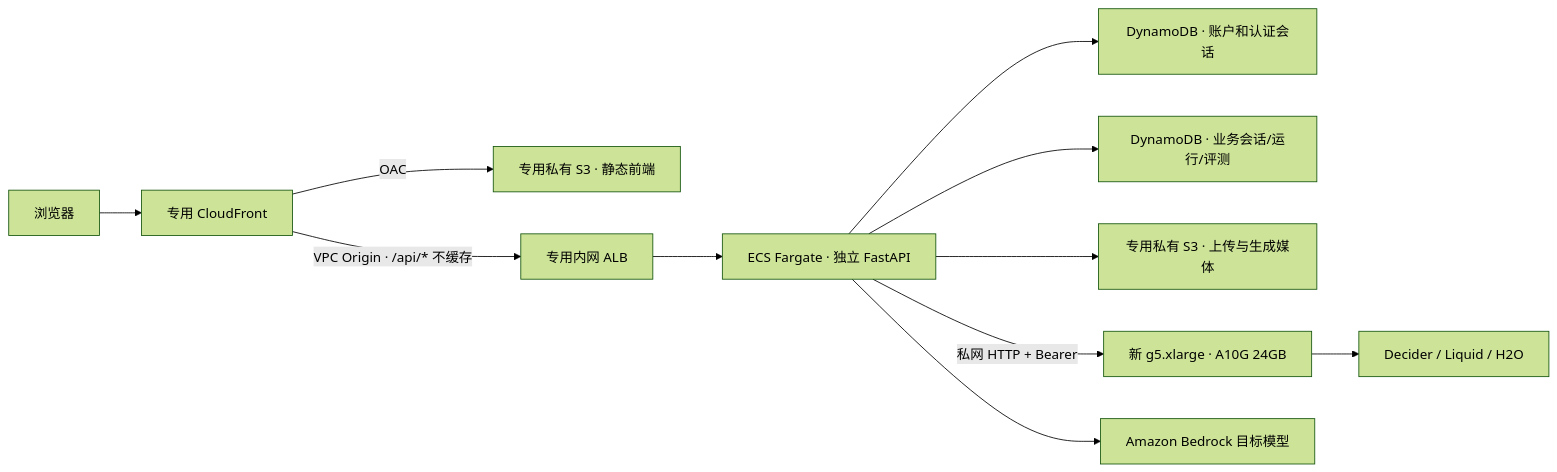
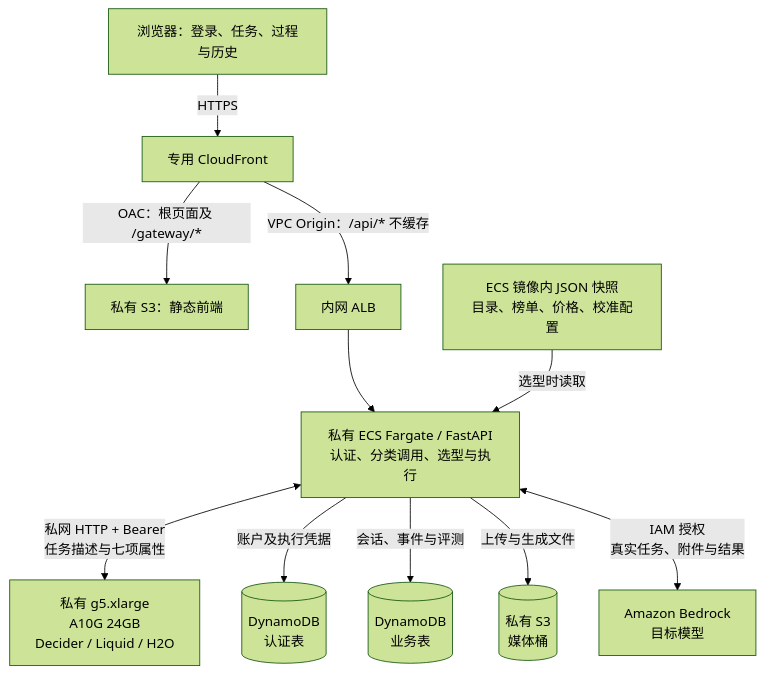
One commit to milan9527/DeciderModelRouter changed the first of 2 diagrams in docs/INDEPENDENT_SERVICE.zh.md. Above: the diagram before and after it, drawn with Mermaid (forest theme). The commit also changed other lines of this file and 2 other files, not shown here.

Commit message:
Explain deployed architecture and evidence-based routing with diagrams

````diff
--- a/docs/INDEPENDENT_SERVICE.zh.md
+++ b/docs/INDEPENDENT_SERVICE.zh.md
@@ -9,13 +9,13 @@
 ```mermaid
-flowchart LR
-    U[浏览器] --> CF[专用 CloudFront]
-    CF -->|OAC| S3[专用私有 S3 · 静态前端]
-    CF -->|VPC Origin · /api/* 不缓存| ALB[专用内网 ALB]
-    ALB --> API[ECS Fargate · 独立 FastAPI]
-    API --> AUTH[DynamoDB · 账户和认证会话]
-    API --> DATA[DynamoDB · 业务会话/运行/评测]
-    API --> MEDIA[专用私有 S3 · 上传与生成媒体]
-    API -->|私网 HTTP + Bearer| GPU[新 g5.xlarge · A10G 24GB]
-    GPU --> D[Decider / Liquid / H2O]
-    API --> BR[Amazon Bedrock 目标模型]
+flowchart TB
+    U["浏览器：登录、任务、过程与历史"] -->|HTTPS| CF["专用 CloudFront"]
+    CF -->|"OAC：根页面及 /gateway/*"| STATIC["私有 S3：静态前端"]
+    CF -->|"VPC Origin：/api/* 不缓存"| ALB["内网 ALB"]
+    ALB --> API["私有 ECS Fargate / FastAPI<br/>认证、分类调用、选型与执行"]
+    SNAP["ECS 镜像内 JSON 快照<br/>目录、榜单、价格、校准配置"] -->|"选型时读取"| API
+    API <-->|"私网 HTTP + Bearer<br/>任务描述与七项属性"| GPU["私有 g5.xlarge<br/>A10G 24GB<br/>Decider / Liquid / H2O"]
+    API -->|"账户及执行凭据"| AUTH[("DynamoDB<br/>认证表")]
+    API -->|"会话、事件与评测"| DATA[("DynamoDB<br/>业务表")]
+    API -->|"上传与生成文件"| MEDIA[("私有 S3<br/>媒体桶")]
+    API <-->|"IAM 授权<br/>真实任务、附件与结果"| BR["Amazon Bedrock<br/>目标模型"]
 ```
````
